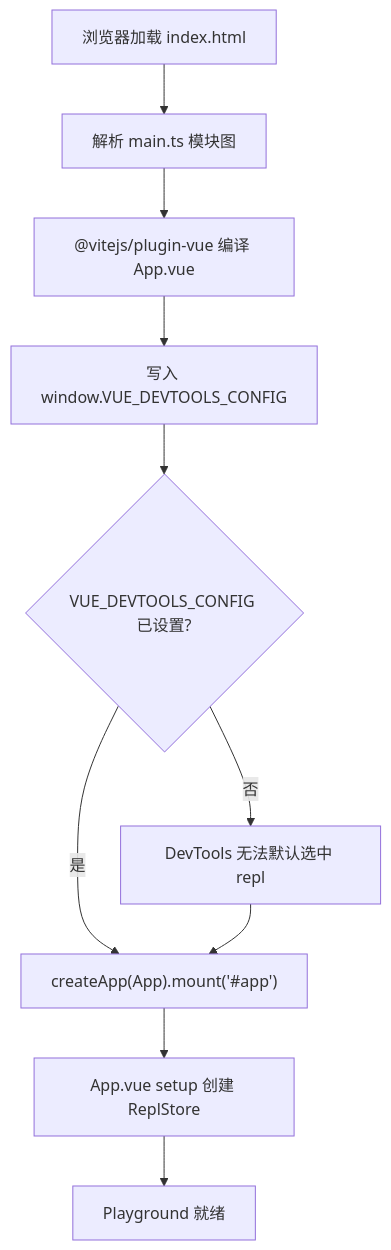
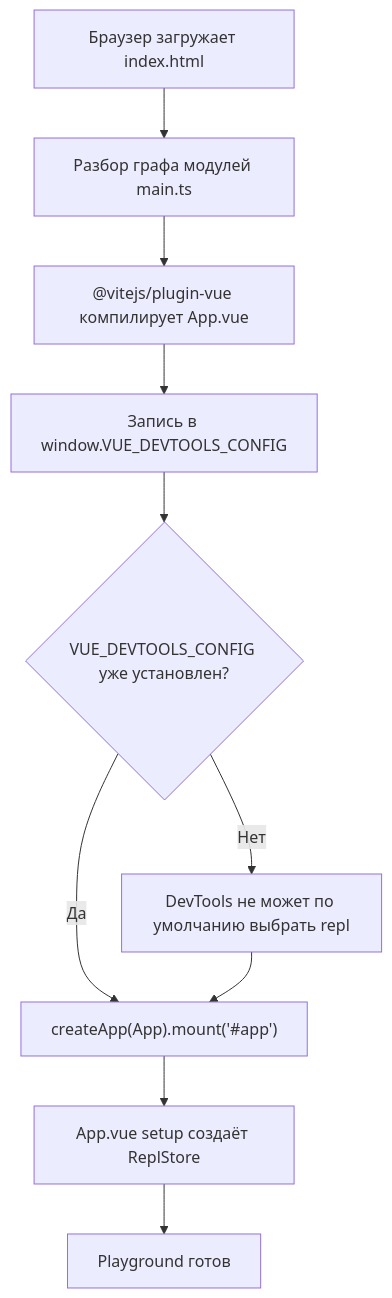
One commit to maleRjc/AiReadCodeBooks changed the first of 3 diagrams in books/vue3/ru/07-reactivity-subsystem.md. Above: the diagram before and after it, drawn with Mermaid. The commit also changed other lines of this file and 74 other files, not shown here.

````diff
--- a/books/vue3/ru/07-reactivity-subsystem.md
+++ b/books/vue3/ru/07-reactivity-subsystem.md
@@ -45,12 +45,12 @@
 ```mermaid
 flowchart TD
-    load["浏览器加载 index.html"] --> parse["解析 main.ts 模块图"]
-    parse --> sfc["@vitejs/plugin-vue 编译 App.vue"]
-    sfc --> setcfg["写入 window.VUE_DEVTOOLS_CONFIG"]
-    setcfg --> check{"VUE_DEVTOOLS_CONFIG 已设置?"}
-    check -->|是| mount["createApp(App).mount('#app')"]
-    check -->|否| devtools["DevTools 无法默认选中 repl"]
-    mount --> appsetup["App.vue setup 创建 ReplStore"]
-    appsetup --> ready["Playground 就绪"]
+    load["Браузер загружает index.html"] --> parse["Разбор графа модулей main.ts"]
+    parse --> sfc["@vitejs/plugin-vue компилирует App.vue"]
+    sfc --> setcfg["Запись в window.VUE_DEVTOOLS_CONFIG"]
+    setcfg --> check{"VUE_DEVTOOLS_CONFIG уже установлен?"}
+    check -->|Да| mount["createApp(App).mount('#app')"]
+    check -->|Нет| devtools["DevTools не может по умолчанию выбрать repl"]
+    mount --> appsetup["App.vue setup создаёт ReplStore"]
+    appsetup --> ready["Playground готов"]
     devtools --> mount
 ```
````
